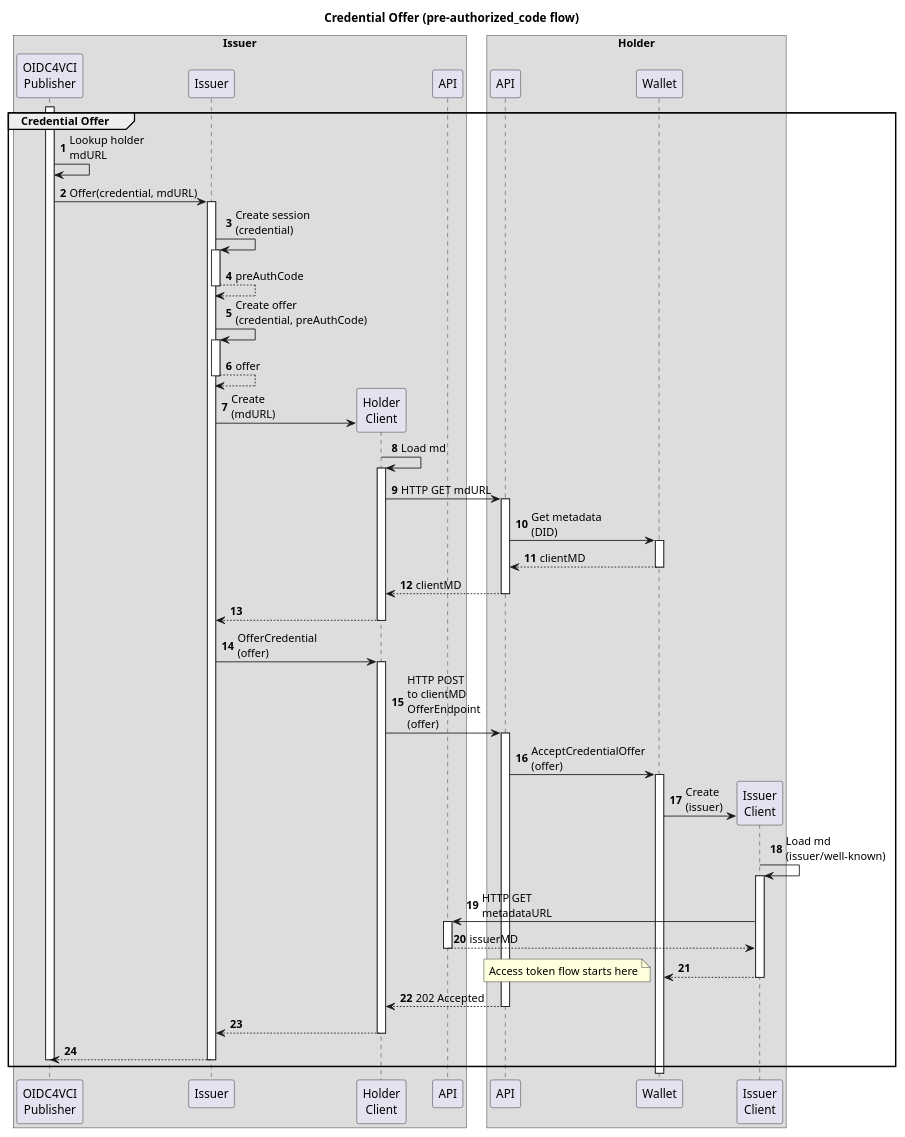
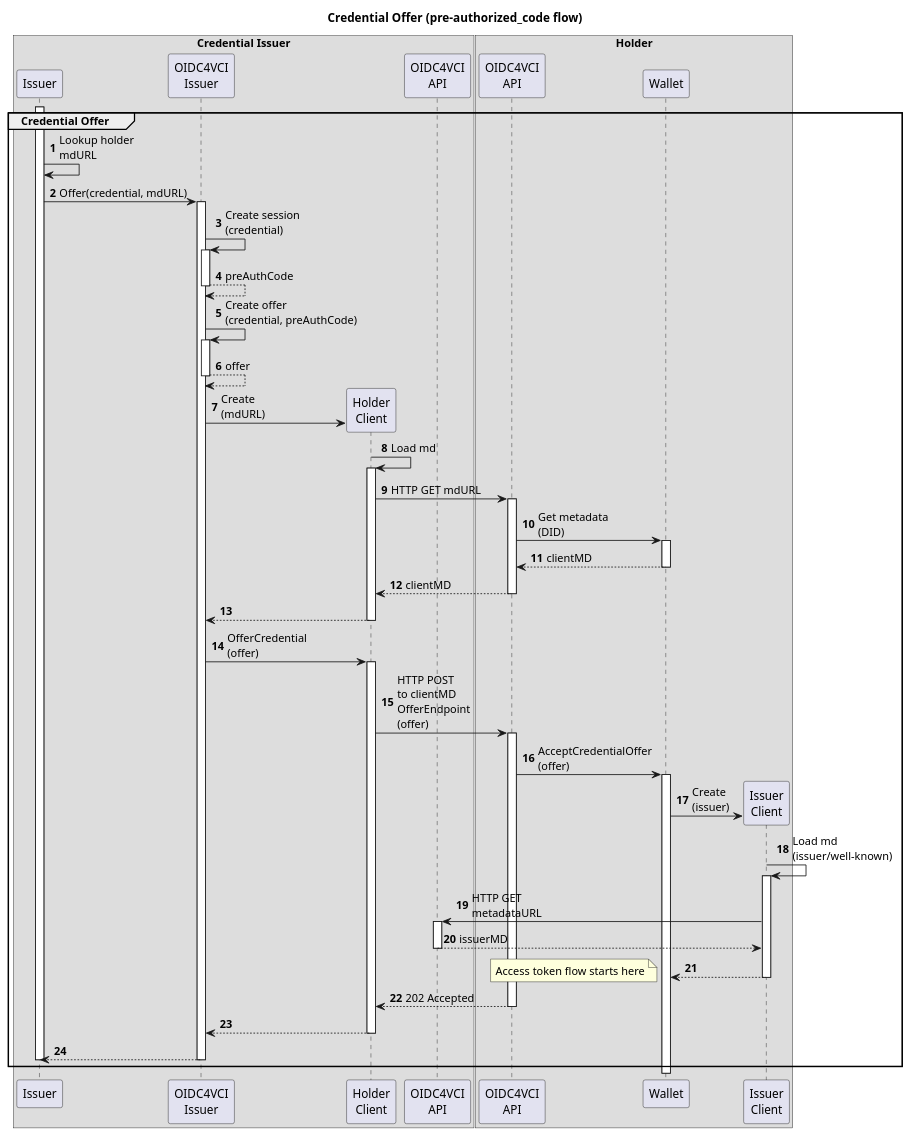
One commit to nuts-foundation/nuts-node changed the diagram in vcr/oidc4vci/docs/technical-design-sd.puml. Above: the diagram before and after it, drawn with PlantUML. The commit also changed 1 other file, not shown here.

Commit message:
update diagrams

```diff
--- a/vcr/oidc4vci/docs/technical-design-sd.puml
+++ b/vcr/oidc4vci/docs/technical-design-sd.puml
@@ -1,62 +1,62 @@
 @startuml
 'https://plantuml.com/sequence-diagram
 
 title Credential Offer (pre-authorized_code flow)
 
 autonumber
 
-box Issuer
-    participant Publisher as "OIDC4VCI\nPublisher"
+box Credential Issuer
     participant Issuer
+    participant OIDC4VCIIssuer as "OIDC4VCI\nIssuer"
     participant HolderClient as "Holder\nClient"
-    participant IssuerAPI as "API"
+    participant IssuerAPI as "OIDC4VCI\nAPI"
 end box
 
 box Holder
-    participant HolderAPI as "API"
+    participant HolderAPI as "OIDC4VCI\nAPI"
     participant Wallet
     participant IssuerClient as "Issuer\nClient"
 end box
 
 group Credential Offer
     ' Issuer
-    activate Publisher
-    Publisher->Publisher : Lookup holder\nmdURL
-    Publisher->Issuer ++ : Offer(credential, mdURL)
-    Issuer->Issuer ++ : Create session\n(credential)
-    Issuer-->Issuer -- : preAuthCode
-    Issuer->Issuer ++ : Create offer\n(credential, preAuthCode)
-    Issuer-->Issuer -- : offer
-    Issuer->HolderClient **: Create\n(mdURL)
+    activate Issuer
+    Issuer->Issuer : Lookup holder\nmdURL
+    Issuer->OIDC4VCIIssuer ++ : Offer(credential, mdURL)
+    OIDC4VCIIssuer->OIDC4VCIIssuer ++ : Create session\n(credential)
+    OIDC4VCIIssuer-->OIDC4VCIIssuer -- : preAuthCode
+    OIDC4VCIIssuer->OIDC4VCIIssuer ++ : Create offer\n(credential, preAuthCode)
+    OIDC4VCIIssuer-->OIDC4VCIIssuer -- : offer
+    OIDC4VCIIssuer->HolderClient **: Create\n(mdURL)
     HolderClient->HolderClient ++ : Load md
     HolderClient->HolderAPI ++: HTTP GET mdURL
 
     ' Holder
     HolderAPI->Wallet ++ : Get metadata\n(DID)
     Wallet-->HolderAPI -- : clientMD
     HolderAPI-->HolderClient --: clientMD
 
     ' Issuer
-    HolderClient-->Issuer --
-    Issuer->HolderClient ++ : OfferCredential\n(offer)
+    HolderClient-->OIDC4VCIIssuer --
+    OIDC4VCIIssuer->HolderClient ++ : OfferCredential\n(offer)
     HolderClient->HolderAPI ++ : HTTP POST\nto clientMD\nOfferEndpoint\n(offer)
 
     ' Holder
     HolderAPI -> Wallet ++ : AcceptCredentialOffer\n(offer)
     Wallet -> IssuerClient ** : Create\n(issuer)
     IssuerClient -> IssuerClient ++ : Load md\n(issuer/well-known)
     IssuerClient -> IssuerAPI ++ : HTTP GET\nmetadataURL
     IssuerAPI --> IssuerClient -- : issuerMD
     IssuerClient --> Wallet --
     note left
         Access token flow starts here
     end note
     HolderAPI --> HolderClient -- : 202 Accepted
 
     ' Issuer
-    HolderClient-->Issuer --
-    Issuer-->Publisher
-    deactivate Publisher
+    HolderClient-->OIDC4VCIIssuer --
+    OIDC4VCIIssuer-->Issuer
     deactivate Issuer
+    deactivate OIDC4VCIIssuer
 end
 @enduml
```
